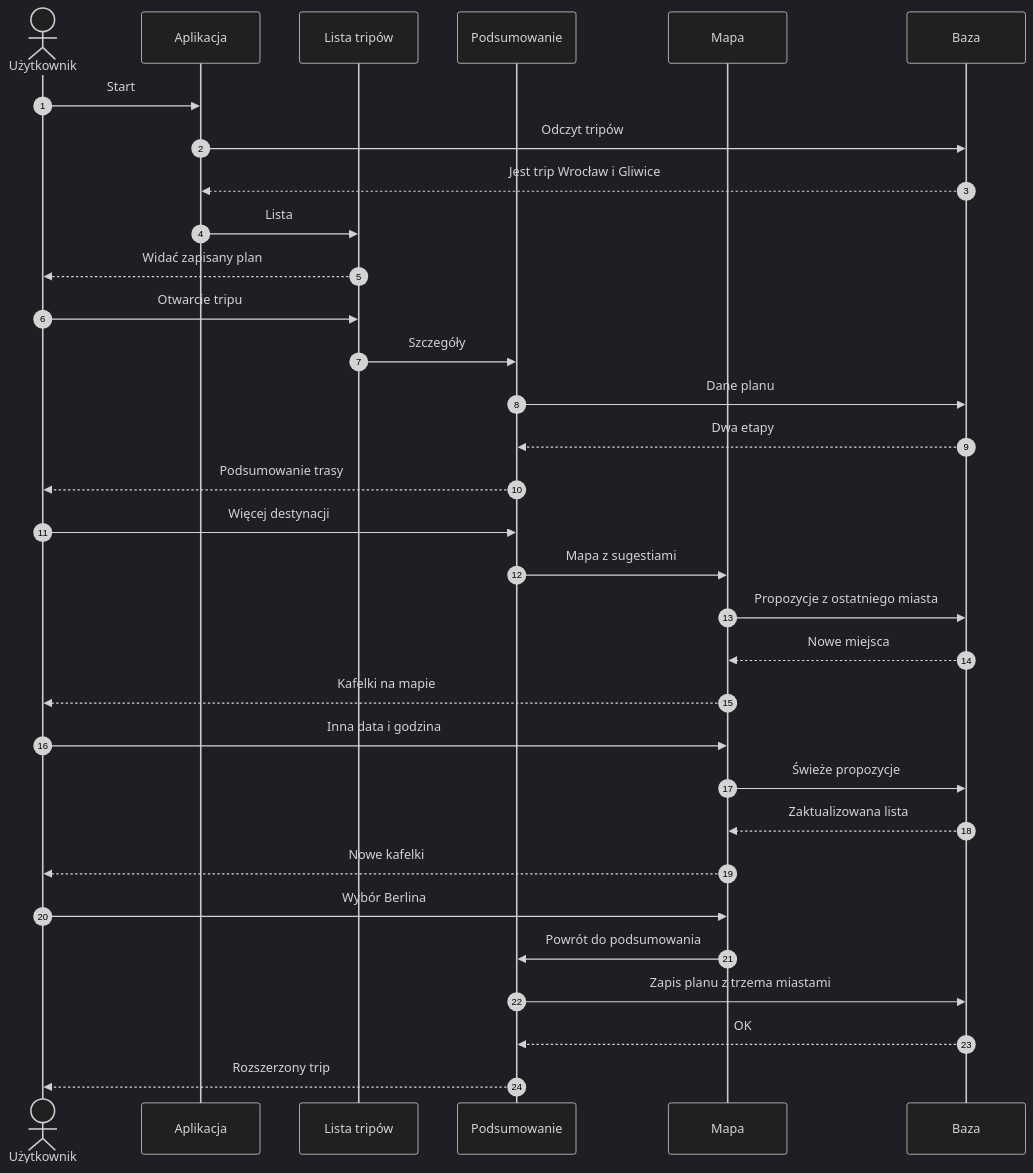
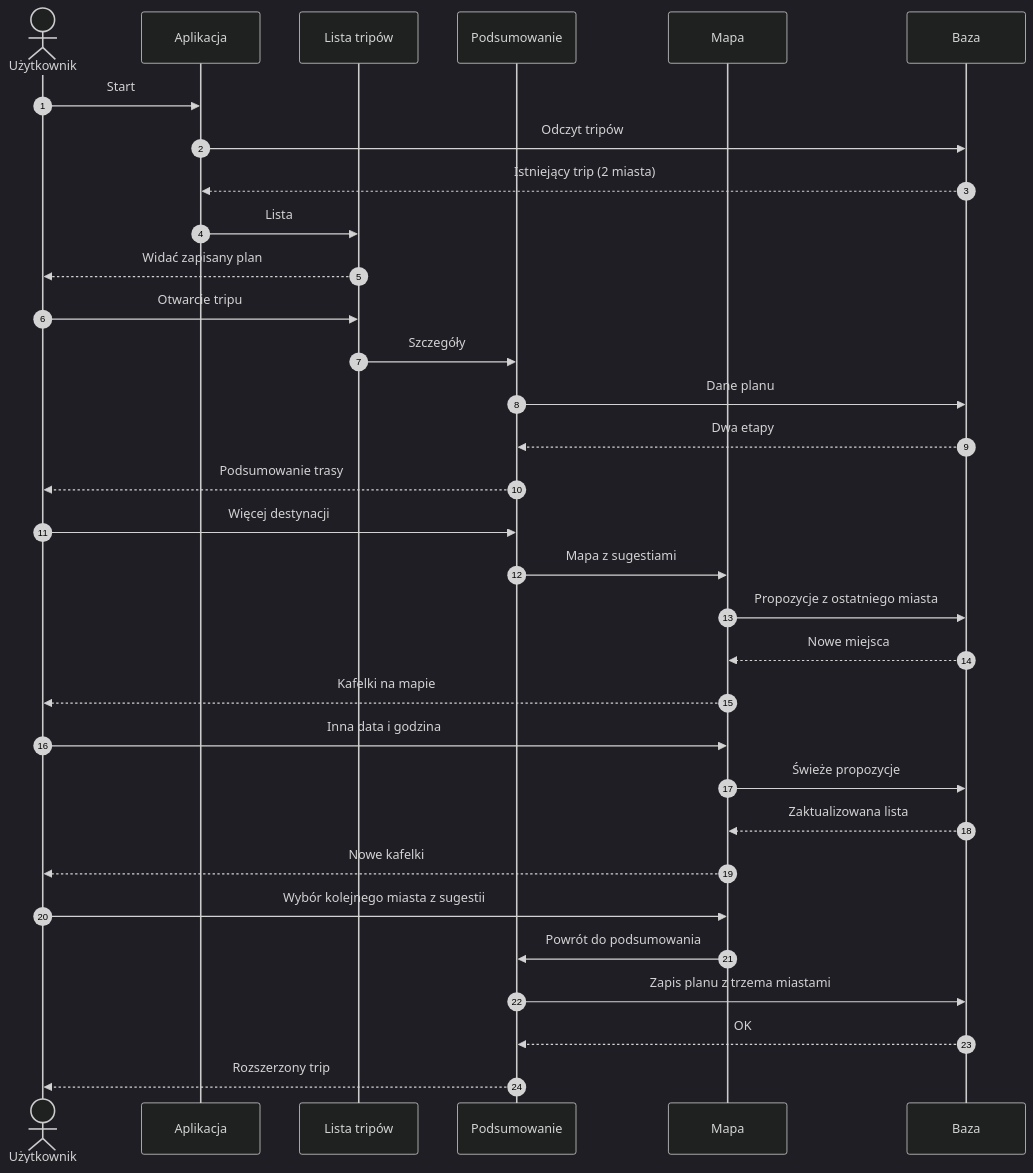
The second of 3 diagrams in README.md (Skiperpol/frontend-briskly), drawn with Mermaid (dark theme) before and after one commit. The commit also changed other lines of this file, not shown here.

Commit message:
docs: Revise sequence diagrams in README.md for improved clarity on user interactions and trip management, including updated terminology and descriptions

````diff
--- a/README.md
+++ b/README.md
@@ -194,39 +194,39 @@
 ```mermaid
 sequenceDiagram
     autonumber
     actor U as Użytkownik
     participant App as Aplikacja
     participant Idx as Lista tripów
     participant Sum as Podsumowanie
     participant Map as Mapa
     participant DB as Baza
 
     U->>App: Start
     App->>DB: Odczyt tripów
-    DB-->>App: Jest trip Wrocław i Gliwice
+    DB-->>App: Istniejący trip (2 miasta)
     App->>Idx: Lista
     Idx-->>U: Widać zapisany plan
 
     U->>Idx: Otwarcie tripu
     Idx->>Sum: Szczegóły
     Sum->>DB: Dane planu
     DB-->>Sum: Dwa etapy
     Sum-->>U: Podsumowanie trasy
 
     U->>Sum: Więcej destynacji
     Sum->>Map: Mapa z sugestiami
     Map->>DB: Propozycje z ostatniego miasta
     DB-->>Map: Nowe miejsca
     Map-->>U: Kafelki na mapie
 
     U->>Map: Inna data i godzina
     Map->>DB: Świeże propozycje
     DB-->>Map: Zaktualizowana lista
     Map-->>U: Nowe kafelki
 
-    U->>Map: Wybór Berlina
+    U->>Map: Wybór kolejnego miasta z sugestii
     Map->>Sum: Powrót do podsumowania
     Sum->>DB: Zapis planu z trzema miastami
     DB-->>Sum: OK
     Sum-->>U: Rozszerzony trip
 ```
````
